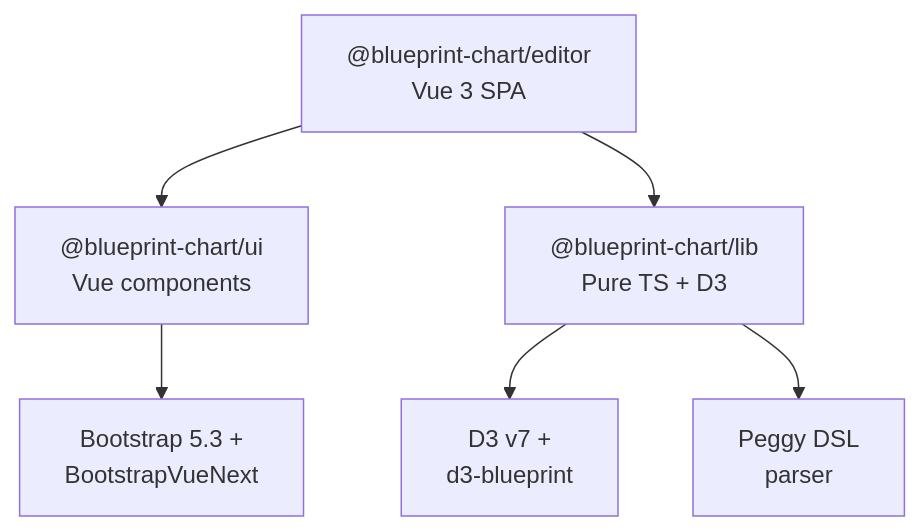
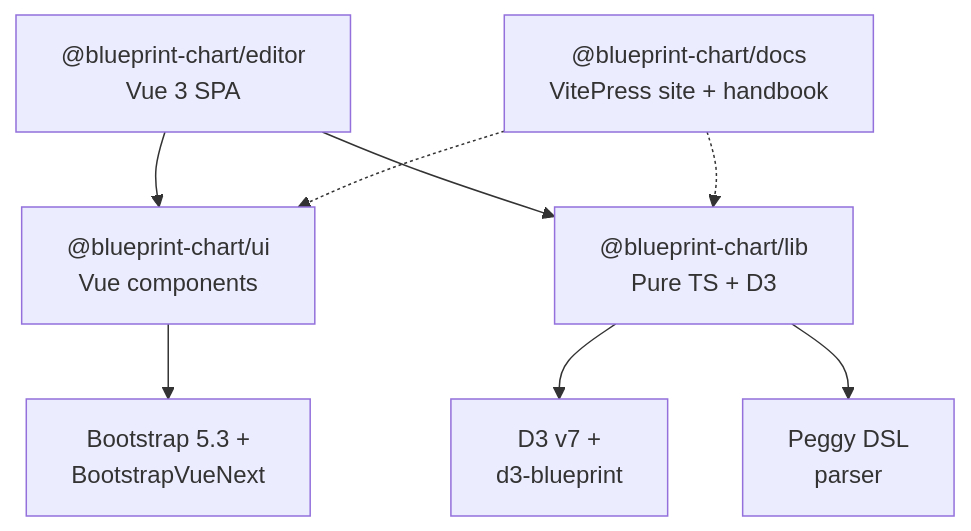
Before and after one commit to blueprint-chart/blueprint-chart: the diagram in README.md, drawn with Mermaid. The commit also changed other lines of this file and 4 other files, not shown here.

Commit message:
docs: announce @blueprint-chart/docs as a published package

````diff
--- a/README.md
+++ b/README.md
@@ -26,8 +26,10 @@
 ```mermaid
 graph TD
   editor["@blueprint-chart/editor<br/>Vue 3 SPA"] --> ui["@blueprint-chart/ui<br/>Vue components"]
   editor --> lib["@blueprint-chart/lib<br/>Pure TS + D3"]
+  docs["@blueprint-chart/docs<br/>VitePress site + handbook"] -.-> lib
+  docs -.-> ui
   ui --> bootstrap["Bootstrap 5.3 +<br/>BootstrapVueNext"]
   lib --> d3["D3 v7 +<br/>d3-blueprint"]
   lib --> peggy["Peggy DSL<br/>parser"]
 ```
````
